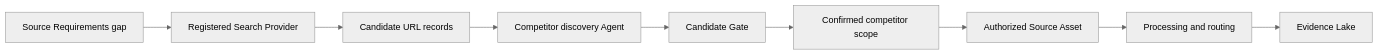
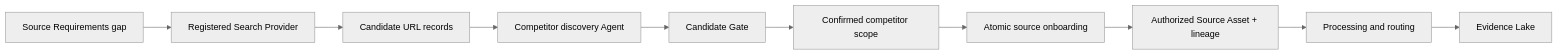
Before and after one commit to lnkloveating/agentinsight-eufy: the sixth of 7 diagrams in docs/architecture.md, drawn with Mermaid (neutral theme). The commit also changed other lines of this file and 5 other files, not shown here.

````diff
--- a/docs/architecture.md
+++ b/docs/architecture.md
@@ -125,11 +125,12 @@
 ```mermaid
 flowchart LR
     Gap["Source Requirements gap"] --> Search["Registered Search Provider"]
     Search --> Candidate["Candidate URL records"]
     Candidate --> Agent["Competitor discovery Agent"]
     Agent --> Gate["Candidate Gate"]
     Gate --> Scope["Confirmed competitor scope"]
-    Scope --> Source["Authorized Source Asset"]
+    Scope --> Onboarding["Atomic source onboarding"]
+    Onboarding --> Source["Authorized Source Asset + lineage"]
     Source --> Processing["Processing and routing"]
     Processing --> Evidence["Evidence Lake"]
 ```
````
